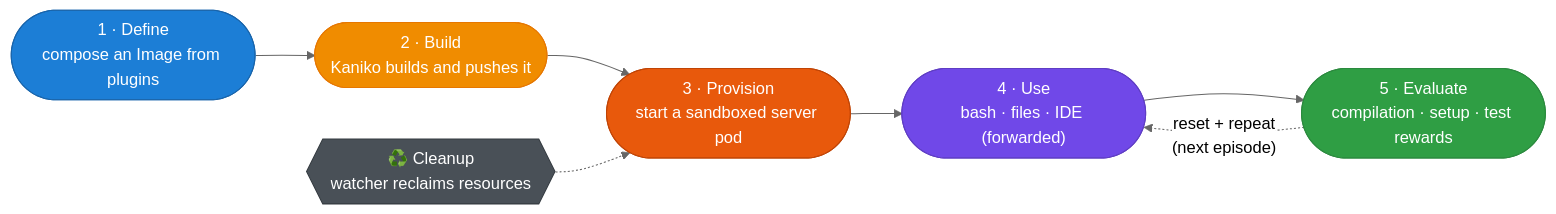
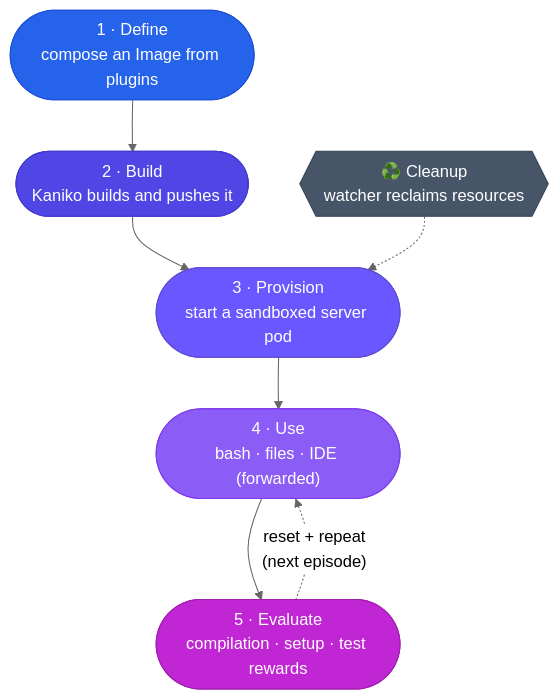
One commit to JetBrains-Research/idegym changed the first of 2 diagrams in website/docs/overview/data-flow.md. Above: the diagram before and after it, drawn with Mermaid (neutral theme). The commit also changed 9 other files, not shown here.

First line of the commit message:
[JBRes-9938] recolor diagrams to brand palette + tighten & un-stretch

````diff
--- a/website/docs/overview/data-flow.md
+++ b/website/docs/overview/data-flow.md
@@ -13,27 +13,27 @@
 ```mermaid
-flowchart LR
+flowchart TB
     A(["1 · Define<br/>compose an Image from plugins"]):::s1
     B(["2 · Build<br/>Kaniko builds and pushes it"]):::s2
     C(["3 · Provision<br/>start a sandboxed server pod"]):::s3
     D(["4 · Use<br/>bash · files · IDE (forwarded)"]):::s4
     E(["5 · Evaluate<br/>compilation · setup · test rewards"]):::s5
     F{{"♻️ Cleanup<br/>watcher reclaims resources"}}:::s6
 
     A --> B --> C --> D --> E
     E -.->|"reset + repeat<br/>(next episode)"| D
     F -.-> C
 
     click A "/idegym/architecture/plugins" "Define an environment with plugins"
     click B "/idegym/architecture/image-builder" "How images are built"
     click C "/idegym/architecture/orchestrator" "How servers are provisioned"
     click D "/idegym/architecture/server" "What runs inside the pod"
     click E "/idegym/architecture/rewards-tools" "Rewards and tools"
     click F "/idegym/architecture/watcher" "The watcher"
 
-    classDef s1 fill:#1c7ed6,stroke:#1864ab,color:#fff;
-    classDef s2 fill:#f08c00,stroke:#e67700,color:#fff;
-    classDef s3 fill:#e8590c,stroke:#c04405,color:#fff;
-    classDef s4 fill:#7048e8,stroke:#5f3dc4,color:#fff;
-    classDef s5 fill:#2f9e44,stroke:#2b8a3e,color:#fff;
-    classDef s6 fill:#495057,stroke:#343a40,color:#fff;
+    classDef s1 fill:#2563eb,stroke:#1d4ed8,color:#fff;
+    classDef s2 fill:#4f46e5,stroke:#4338ca,color:#fff;
+    classDef s3 fill:#6b57ff,stroke:#5b4bd2,color:#fff;
+    classDef s4 fill:#8b5cf6,stroke:#7c3aed,color:#fff;
+    classDef s5 fill:#c026d3,stroke:#a21caf,color:#fff;
+    classDef s6 fill:#475569,stroke:#334155,color:#fff;
 ```
````
